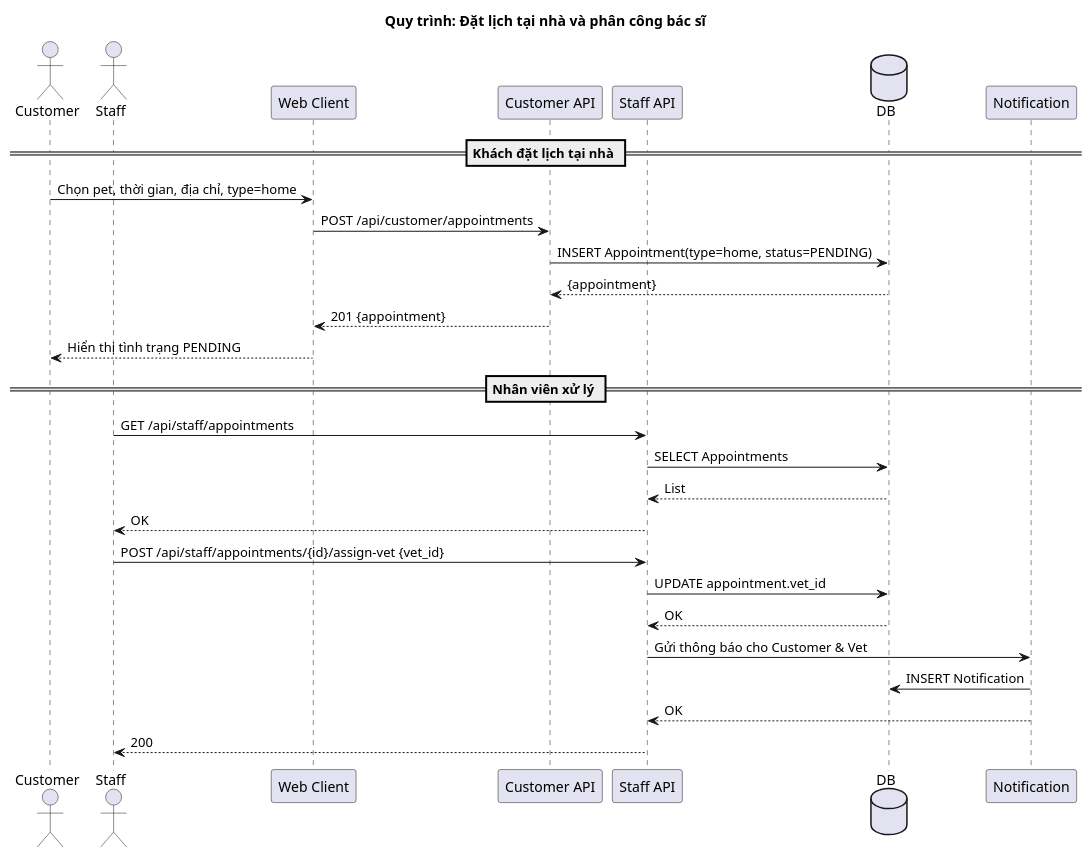
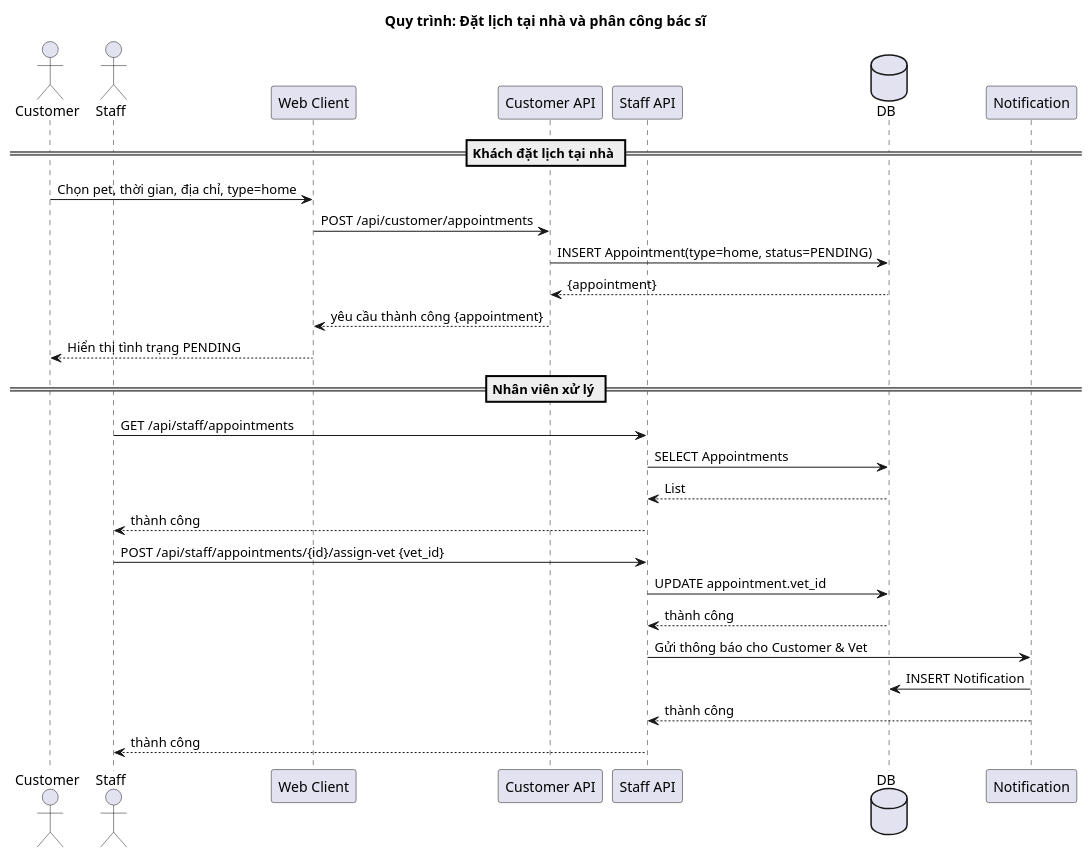
One commit to KaiyoDev/PetVax changed the tenth of 13 diagrams in README.md. Above: the diagram before and after it, drawn with PlantUML. The commit also changed other lines of this file, not shown here.

````diff
--- a/README.md
+++ b/README.md
@@ -493,35 +493,35 @@
 ```plantuml
 @startuml
 title Quy trình: Đặt lịch tại nhà và phân công bác sĩ
 
 actor Customer
 actor Staff
 participant "Web Client" as Web
 participant "Customer API" as Cust
 participant "Staff API" as StaffAPI
 database "DB" as DB
 participant "Notification" as Noti
 
 == Khách đặt lịch tại nhà ==
 Customer -> Web: Chọn pet, thời gian, địa chỉ, type=home
 Web -> Cust: POST /api/customer/appointments
 Cust -> DB: INSERT Appointment(type=home, status=PENDING)
 DB --> Cust: {appointment}
-Cust --> Web: 201 {appointment}
+Cust --> Web: yêu cầu thành công {appointment}
 Web --> Customer: Hiển thị tình trạng PENDING
 
 == Nhân viên xử lý ==
 Staff -> StaffAPI: GET /api/staff/appointments
 StaffAPI -> DB: SELECT Appointments
 DB --> StaffAPI: List
-StaffAPI --> Staff: OK
+StaffAPI --> Staff: thành công
 
 Staff -> StaffAPI: POST /api/staff/appointments/{id}/assign-vet {vet_id}
 StaffAPI -> DB: UPDATE appointment.vet_id
-DB --> StaffAPI: OK
+DB --> StaffAPI: thành công
 StaffAPI -> Noti: Gửi thông báo cho Customer & Vet
 Noti -> DB: INSERT Notification
-Noti --> StaffAPI: OK
-StaffAPI --> Staff: 200
+Noti --> StaffAPI: thành công
+StaffAPI --> Staff: thành công
 @enduml
  ```
````
